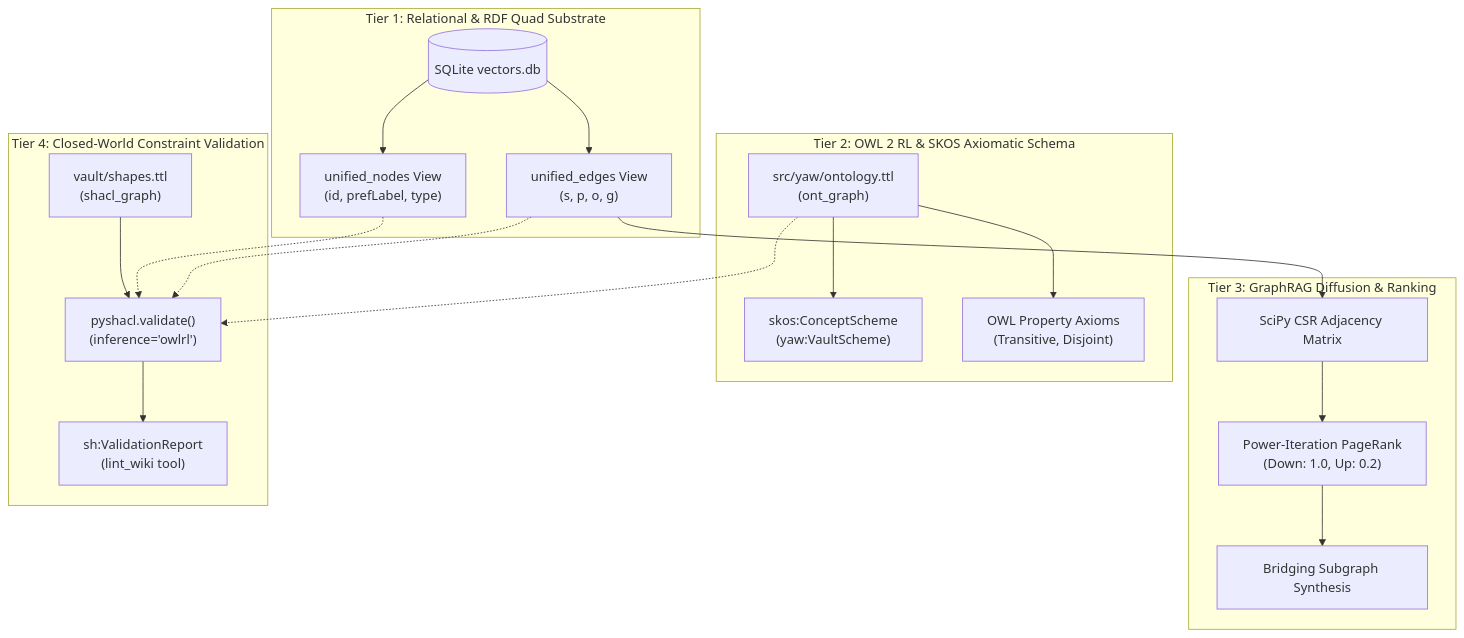
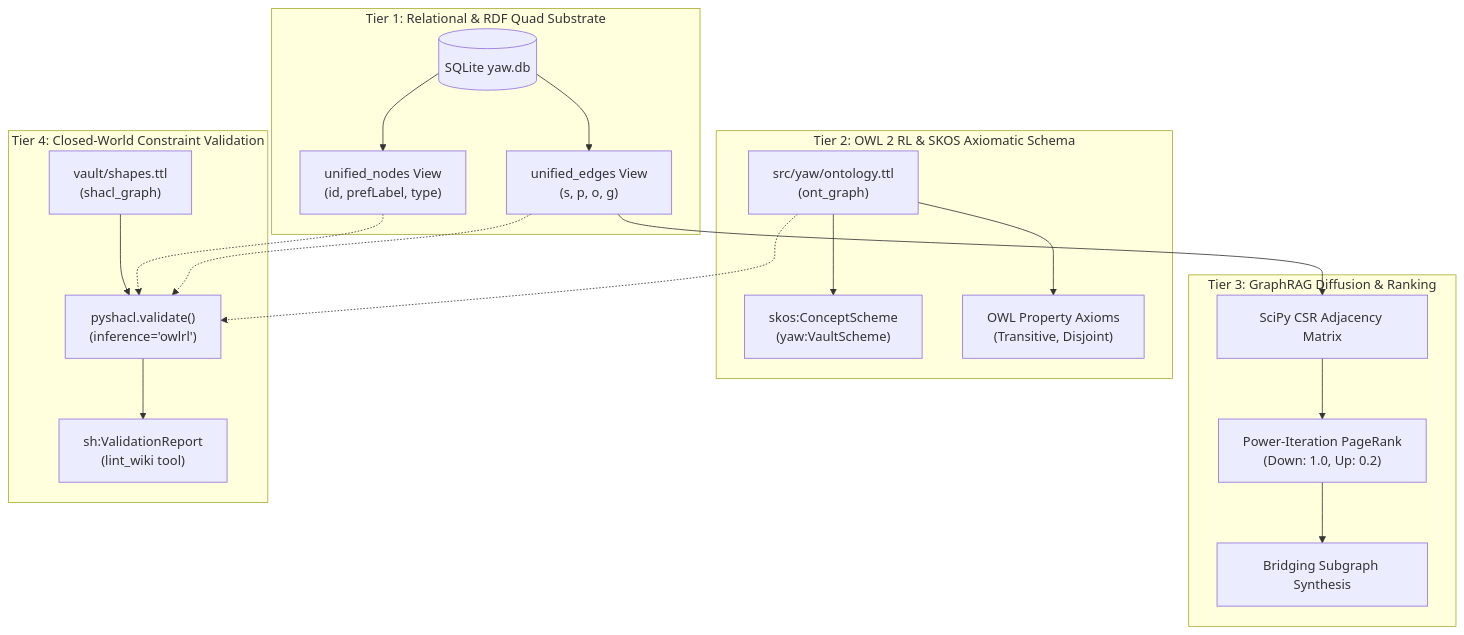
One commit to negatrait/yaw changed the first of 4 diagrams in docs/rdf-owl-shacl.md. Above: the diagram before and after it, drawn with Mermaid. The commit also changed other lines of this file and 34 other files, not shown here.

````diff
--- a/docs/rdf-owl-shacl.md
+++ b/docs/rdf-owl-shacl.md
@@ -16,34 +16,34 @@
 ```mermaid
 flowchart TD
     subgraph Storage ["Tier 1: Relational & RDF Quad Substrate"]
-        DB[("SQLite vectors.db")]
+        DB[("SQLite yaw.db")]
         UE["unified_edges View\n(s, p, o, g)"]
         UN["unified_nodes View\n(id, prefLabel, type)"]
         DB --> UE
         DB --> UN
     end
 
     subgraph Axioms ["Tier 2: OWL 2 RL & SKOS Axiomatic Schema"]
         ONT["src/yaw/ontology.ttl\n(ont_graph)"]
         SKOS["skos:ConceptScheme\n(yaw:VaultScheme)"]
         OWL_PROP["OWL Property Axioms\n(Transitive, Disjoint)"]
         ONT --> SKOS
         ONT --> OWL_PROP
     end
 
     subgraph Retrieval ["Tier 3: GraphRAG Diffusion & Ranking"]
         CSR["SciPy CSR Adjacency Matrix"]
         PPR["Power-Iteration PageRank\n(Down: 1.0, Up: 0.2)"]
         BR["Bridging Subgraph Synthesis"]
         UE --> CSR --> PPR --> BR
     end
 
     subgraph Validation ["Tier 4: Closed-World Constraint Validation"]
         SHACL["vault/shapes.ttl\n(shacl_graph)"]
         PYSHACL["pyshacl.validate()\n(inference='owlrl')"]
         REPORT["sh:ValidationReport\n(lint_wiki tool)"]
         UE & UN -.-> PYSHACL
         ONT -.-> PYSHACL
         SHACL --> PYSHACL --> REPORT
     end
 ```
````
